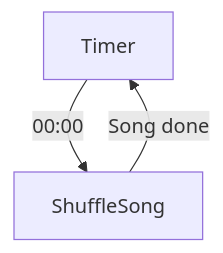
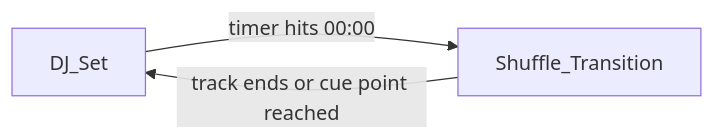
The diagram in README.md (LeipeLeon/ShuffleParty), drawn with Mermaid before and after one commit. The commit also changed other lines of this file, not shown here.

````diff
--- a/README.md
+++ b/README.md
@@ -21,4 +21,4 @@
 ```mermaid
-flowchart
-   Timer -- 00:00 --> ShuffleSong -- Song done --> Timer
+flowchart LR
+   DJ_Set -- "timer hits 00:00" --> Shuffle_Transition -- "track ends or cue point reached" --> DJ_Set
 ```
````
